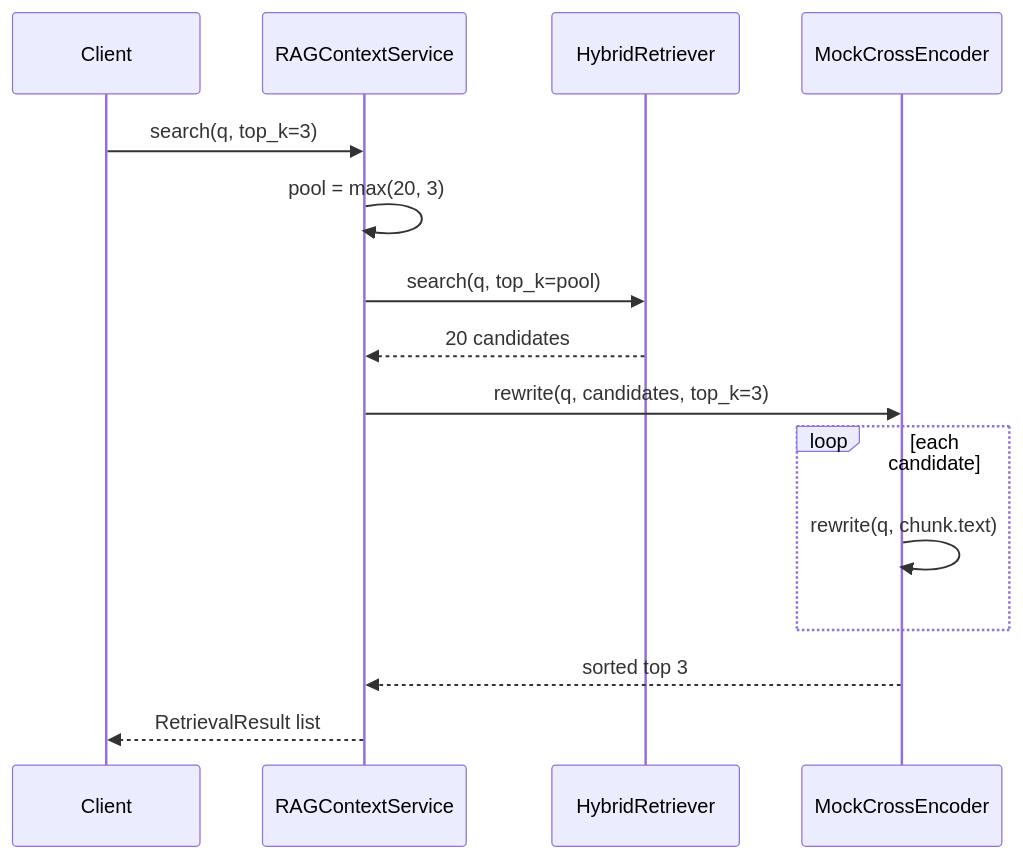
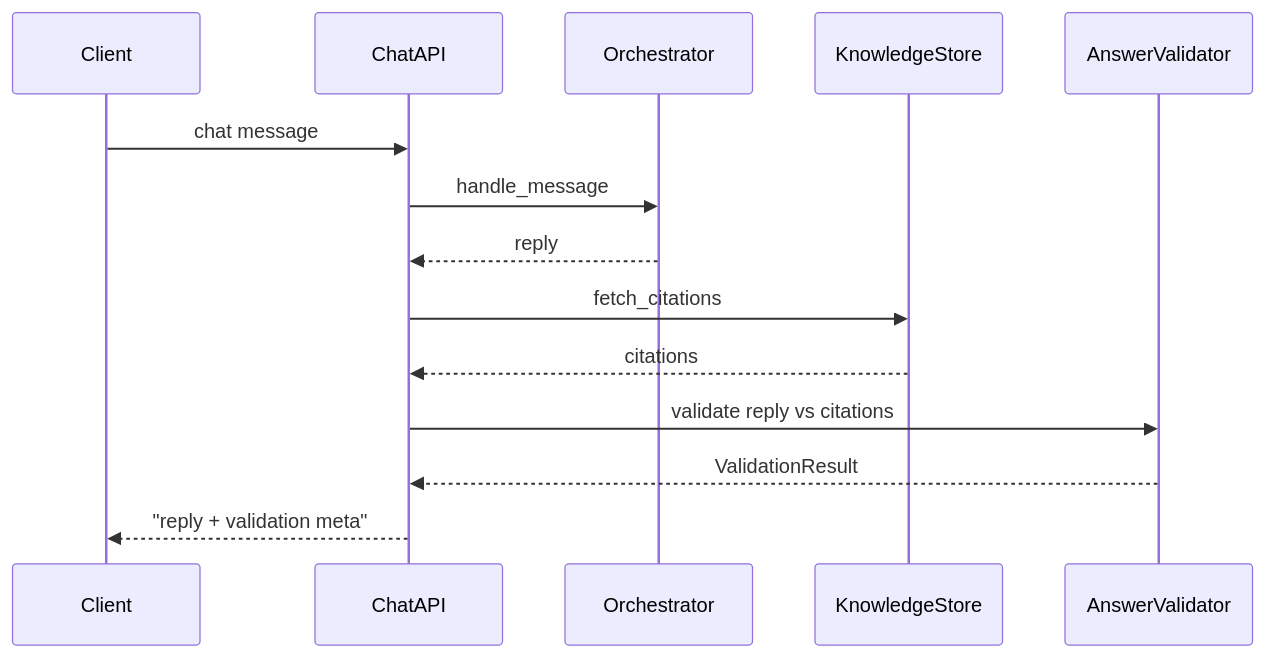
The first of 2 diagrams in course/day37/04_流程图与示意图.md (ab6539763/70_days_course_plus), drawn with Mermaid before and after one commit. The commit also changed other lines of this file and 128 other files, not shown here.

First line of the commit message:
fix(course): repair day31-37 diagrams, titles, and missing content

````diff
--- a/course/day37/04_流程图与示意图.md
+++ b/course/day37/04_流程图与示意图.md
@@ -5,17 +5,16 @@
 ```mermaid
 sequenceDiagram
     participant U as Client
-    participant R as RAGContextService
-    participant H as HybridRetriever
-    participant C as MockCrossEncoder
-    U->>R: search(q, top_k=3)
-    R->>R: pool = max(20, 3)
-    R->>H: search(q, top_k=pool)
-    H-->>R: 20 candidates
-    R->>C: rewrite(q, candidates, top_k=3)
-    loop each candidate
-        C->>C: rewrite(q, chunk.text)
-    end
-    C-->>R: sorted top 3
-    R-->>U: RetrievalResult list
+    participant C as ChatAPI
+    participant O as Orchestrator
+    participant S as KnowledgeStore
+    participant V as AnswerValidator
+    U->>C: chat message
+    C->>O: handle_message
+    O-->>C: reply
+    C->>S: fetch_citations
+    S-->>C: citations
+    C->>V: validate reply vs citations
+    V-->>C: ValidationResult
+    C-->>U: "reply + validation meta"
 ```
````
